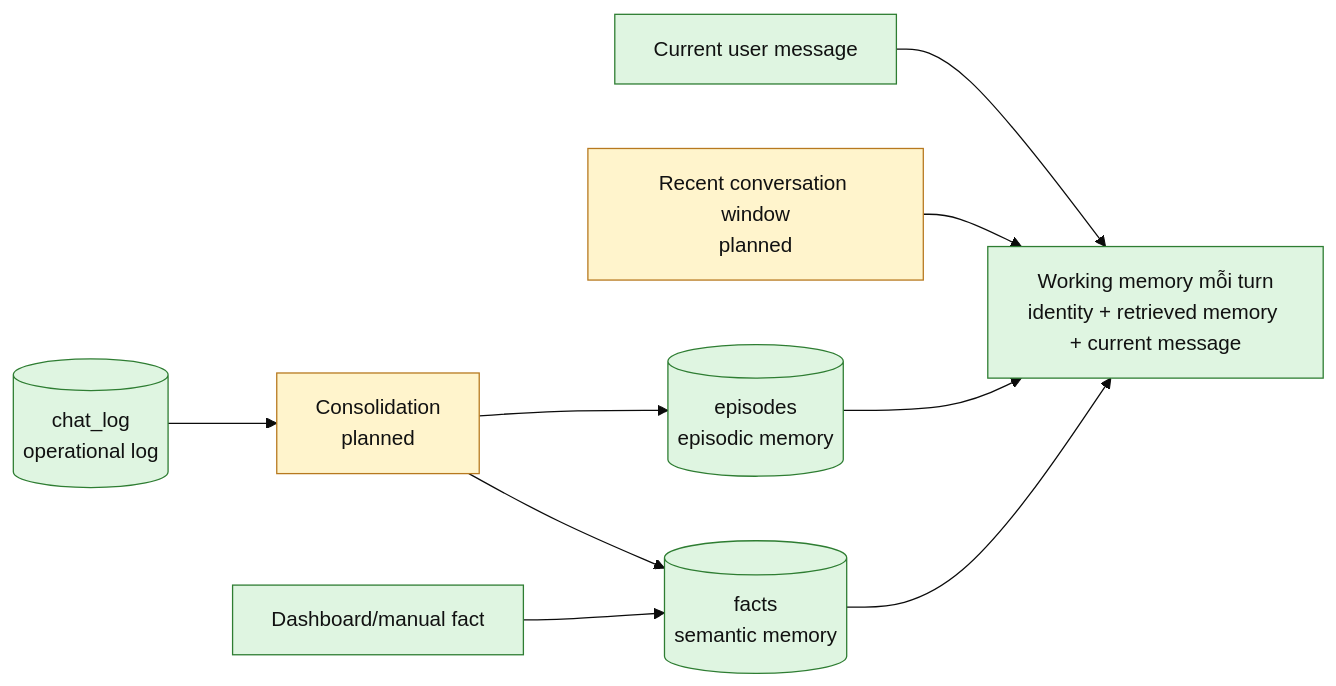
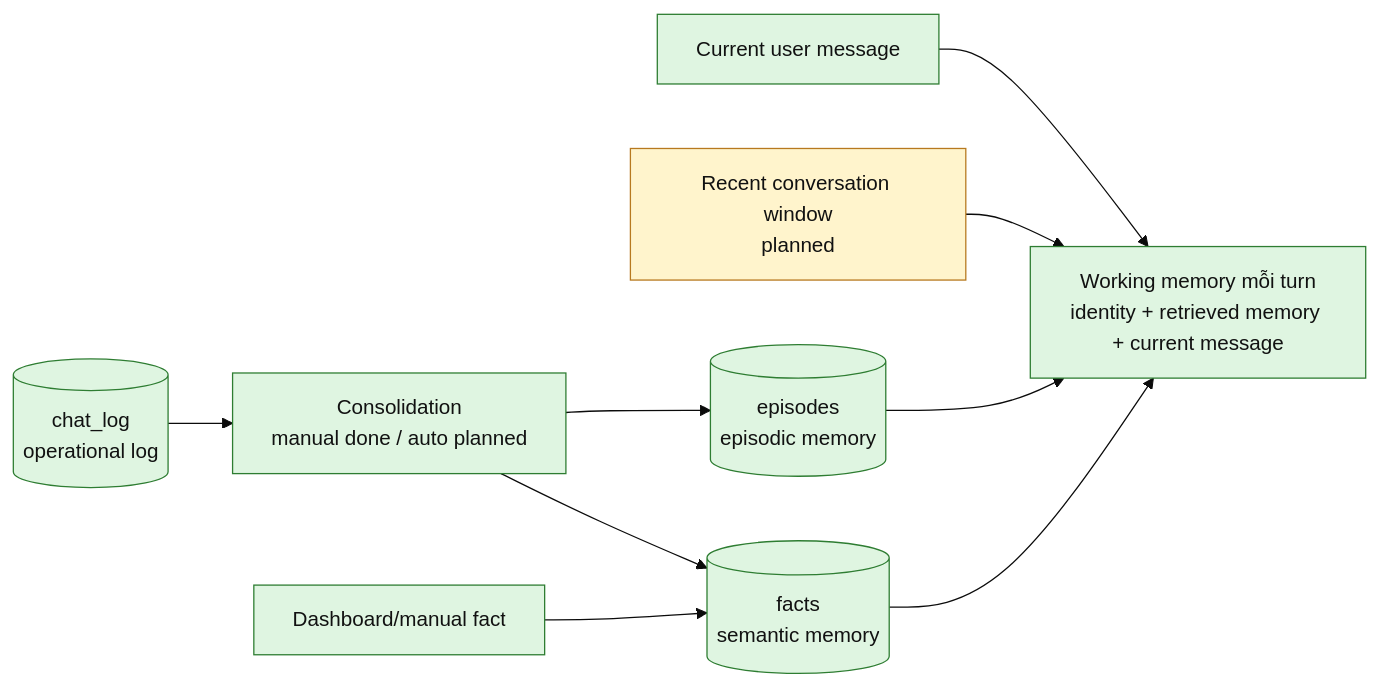
One commit to LuongAnh1/Niko_Agent changed the seventh of 7 diagrams in docs/memory/chat-memory-architecture-flow.md. Above: the diagram before and after it, drawn with Mermaid (base theme). The commit also changed other lines of this file and 7 other files, not shown here.

````diff
--- a/docs/memory/chat-memory-architecture-flow.md
+++ b/docs/memory/chat-memory-architecture-flow.md
@@ -228,19 +228,19 @@
 ```mermaid
 flowchart LR
     Current[Current user message] --> Working[Working memory mỗi turn<br/>identity + retrieved memory + current message]
     Recent[Recent conversation window<br/>planned] --> Working
     Facts[(facts<br/>semantic memory)] --> Working
     Episodes[(episodes<br/>episodic memory)] --> Working
 
-    ChatLog[(chat_log<br/>operational log)] --> Consolidation[Consolidation<br/>planned]
+    ChatLog[(chat_log<br/>operational log)] --> Consolidation[Consolidation<br/>manual done / auto planned]
     Consolidation --> Facts
     Consolidation --> Episodes
 
     Manual[Dashboard/manual fact] --> Facts
 
     classDef done fill:#dff5e1,stroke:#2e7d32,color:#111;
     classDef planned fill:#fff4cc,stroke:#b7791f,color:#111;
 
-    class Current,Working,Facts,Episodes,ChatLog,Manual done;
-    class Recent,Consolidation planned;
+    class Current,Working,Facts,Episodes,ChatLog,Manual,Consolidation done;
+    class Recent planned;
 ```
````
